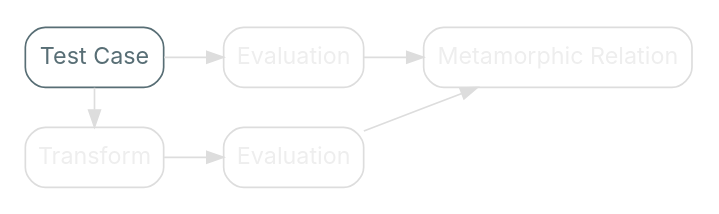
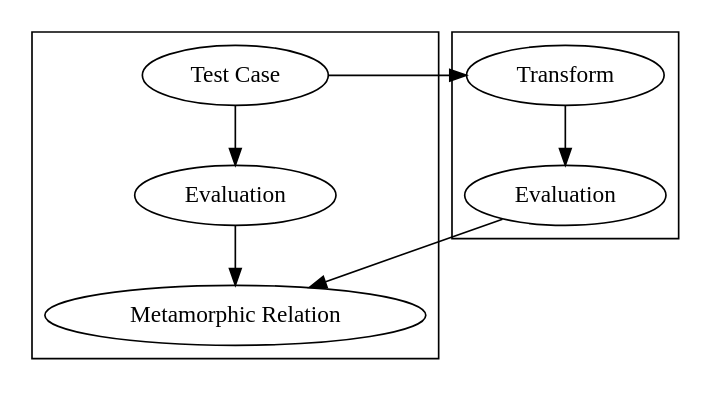
The diagram in src/graphviz/metamorphic_testing_input.dot (nrinaudo/much-ado-about-testing), drawn with Graphviz before and after one commit. The commit also changed 98 other files, not shown here.

Commit message:
Use graphviz stylesheets

```diff
--- a/src/graphviz/metamorphic_testing_input.dot
+++ b/src/graphviz/metamorphic_testing_input.dot
@@ -1,28 +1,19 @@
 digraph {
-    bgcolor=transparent
-    rankdir=LR
-
-    // Default theme: enabled
-    node[shape="rectangle" style="rounded,filled" color="#586E75" fillcolor="#ffffff" fontcolor="#586E75" fontname="Inter,Arial"]
-    edge[color="#586E75" fontcolor="#000000" fontname="Inter,Arial" fontsize=11]
-
     subgraph cluster_0 {
-        color=transparent
         Input[label="Test Case"]
-        Evaluation[color="#dddddd" fontcolor="#eeeeee"]
-        Analysis[label="Metamorphic Relation" color="#dddddd" fontcolor="#eeeeee"]
+        Evaluation[class="disabled"]
+        Analysis[label="Metamorphic Relation" class="disabled"]
     }
 
     subgraph cluster_1 {
-        color=transparent
-        Input2[label="Transform" color="#dddddd" fontcolor="#eeeeee"]
-        Evaluation2[label="Evaluation" color="#dddddd" fontcolor="#eeeeee"]
+        Input2[label="Transform" class="disabled"]
+        Evaluation2[label="Evaluation" class="disabled"]
     }
 
-    Input -> Input2[constraint=false color="#dddddd"]
-    Input2 -> Evaluation2[color="#dddddd"]
+    Input -> Input2[constraint=false class="disabled"]
+    Input2 -> Evaluation2[class="disabled"]
 
-    Input -> Evaluation[color="#dddddd"]
-    Evaluation -> Analysis[color="#dddddd"]
-    Evaluation2 -> Analysis[color="#dddddd"]
+    Input -> Evaluation[class="disabled"]
+    Evaluation -> Analysis[class="disabled"]
+    Evaluation2 -> Analysis[class="disabled"]
 }
```
